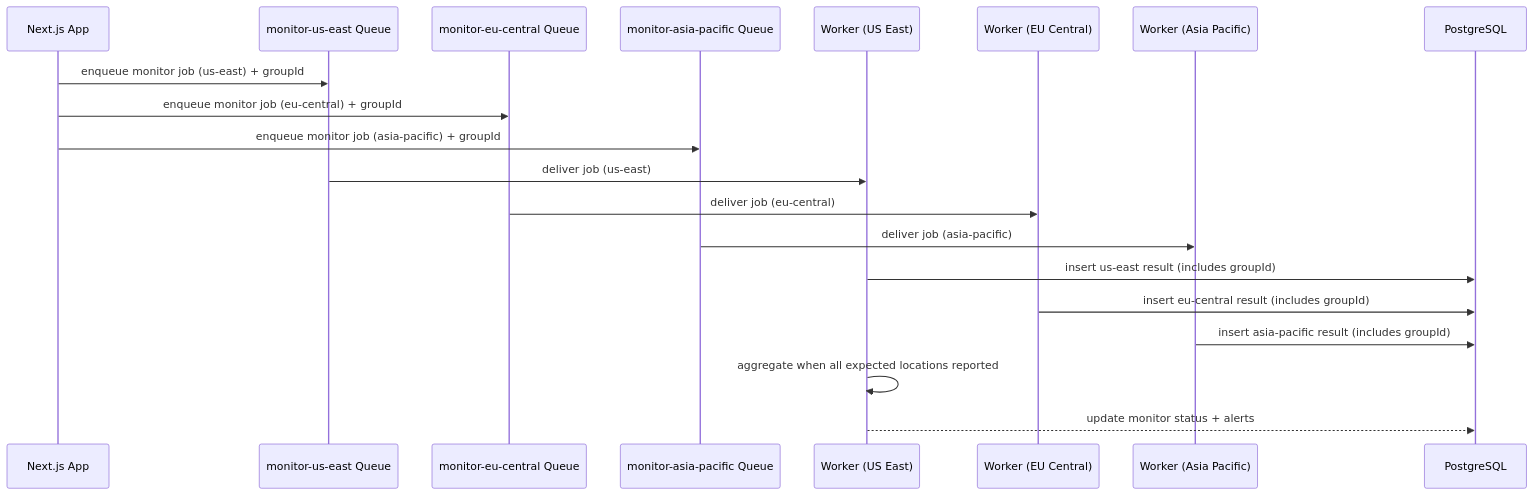
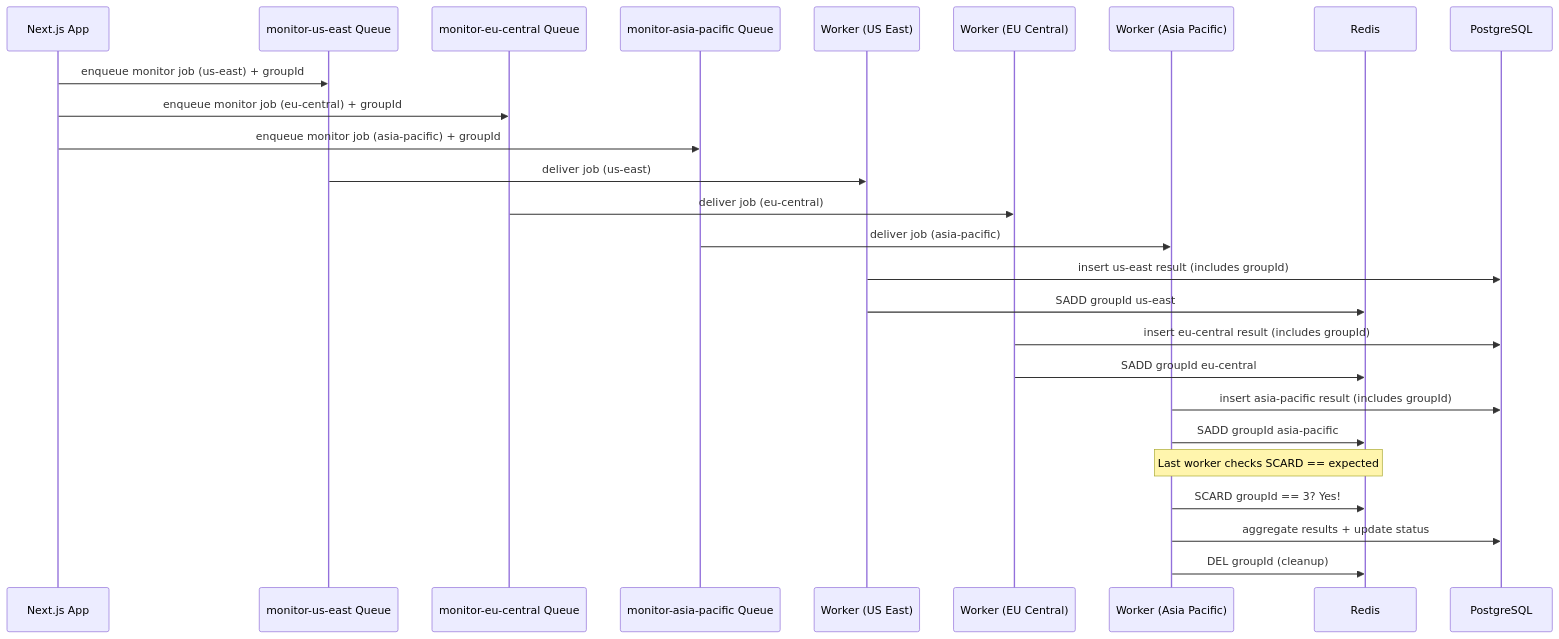
The second of 20 diagrams in docs/specs/04-monitoring/MONITORING_SYSTEM.md (supercheck-io/supercheck), drawn with Mermaid before and after one commit. The commit also changed other lines of this file and 23 other files, not shown here.

Commit message:
feat: Improve capacity management, monitor aggregation, and API performance with Redis-based optimizations and documentation updates.

````diff
--- a/docs/specs/04-monitoring/MONITORING_SYSTEM.md
+++ b/docs/specs/04-monitoring/MONITORING_SYSTEM.md
@@ -159,26 +159,32 @@
 ```mermaid
 sequenceDiagram
     participant App as Next.js App
     participant MQ_US as monitor-us-east Queue
     participant MQ_EU as monitor-eu-central Queue
     participant MQ_APAC as monitor-asia-pacific Queue
     participant W_US as Worker (US East)
     participant W_EU as Worker (EU Central)
     participant W_APAC as Worker (Asia Pacific)
+    participant Redis as Redis
     participant DB as PostgreSQL
 
     App->>MQ_US: enqueue monitor job (us-east) + groupId
     App->>MQ_EU: enqueue monitor job (eu-central) + groupId
     App->>MQ_APAC: enqueue monitor job (asia-pacific) + groupId
 
     MQ_US->>W_US: deliver job (us-east)
     MQ_EU->>W_EU: deliver job (eu-central)
     MQ_APAC->>W_APAC: deliver job (asia-pacific)
 
     W_US->>DB: insert us-east result (includes groupId)
+    W_US->>Redis: SADD groupId us-east
     W_EU->>DB: insert eu-central result (includes groupId)
+    W_EU->>Redis: SADD groupId eu-central
     W_APAC->>DB: insert asia-pacific result (includes groupId)
+    W_APAC->>Redis: SADD groupId asia-pacific
 
-    W_US->>W_US: aggregate when all expected locations reported
-    W_US-->>DB: update monitor status + alerts
+    Note over W_APAC,Redis: Last worker checks SCARD == expected
+    W_APAC->>Redis: SCARD groupId == 3? Yes!
+    W_APAC->>DB: aggregate results + update status
+    W_APAC->>Redis: DEL groupId (cleanup)
 ```
````
